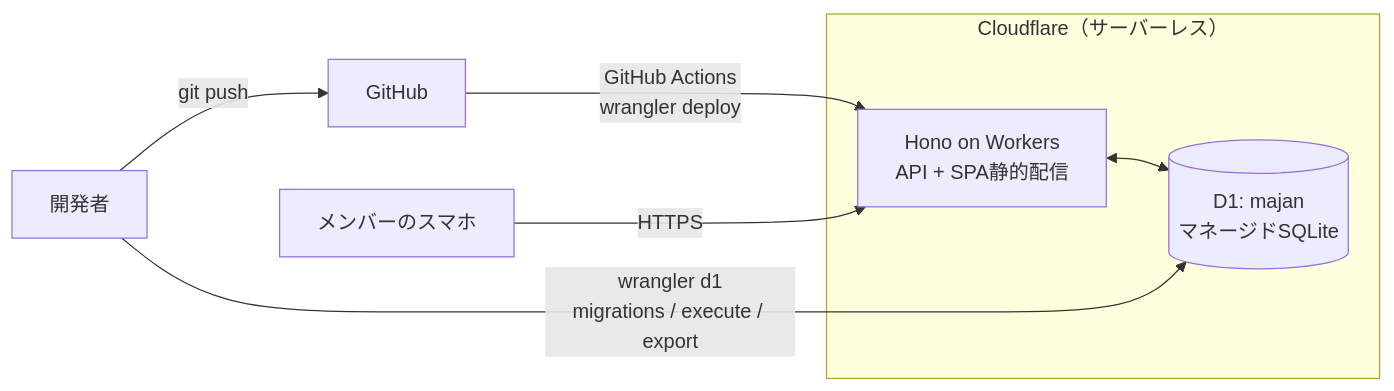
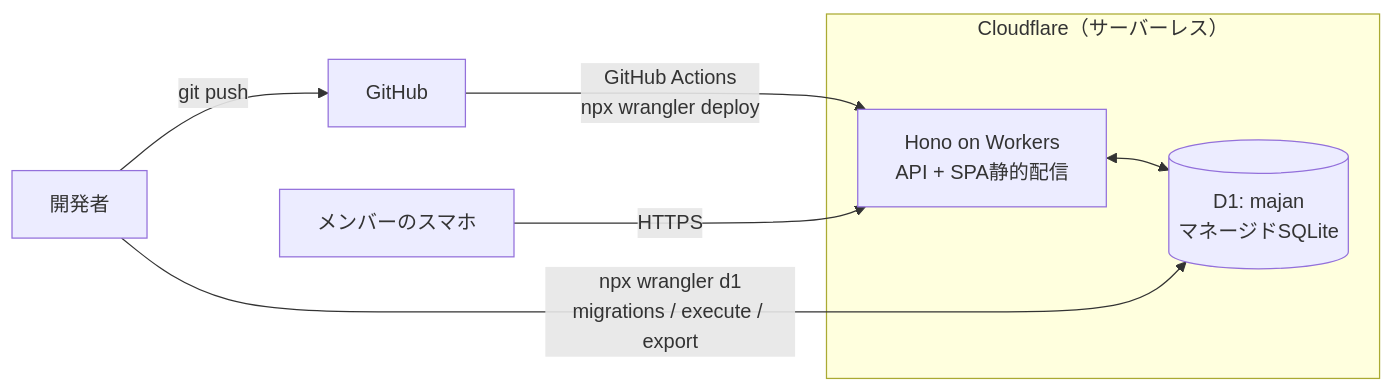
Before and after one commit to mono-yamamoto/majan: the diagram in Guidebook/src/content/docs/spec/tech-stack.mdx, drawn with Mermaid. The commit also changed other lines of this file and 3 other files, not shown here.

First line of the commit message:
docs: コマンドを npx wrangler に統一（42箇所）

````diff
--- a/Guidebook/src/content/docs/spec/tech-stack.mdx
+++ b/Guidebook/src/content/docs/spec/tech-stack.mdx
@@ -11,12 +11,12 @@
 ```mermaid
 flowchart LR
   Dev[開発者] -->|git push| GH[GitHub]
-  GH -->|GitHub Actions<br/>wrangler deploy| W
+  GH -->|GitHub Actions<br/>npx wrangler deploy| W
   subgraph CF["Cloudflare（サーバーレス）"]
     W[Hono on Workers<br/>API + SPA静的配信]
     D1[("D1: majan<br/>マネージドSQLite")]
     W <--> D1
   end
   User[メンバーのスマホ] -->|HTTPS| W
-  Dev -->|wrangler d1<br/>migrations / execute / export| D1
+  Dev -->|npx wrangler d1<br/>migrations / execute / export| D1
 ```
````
